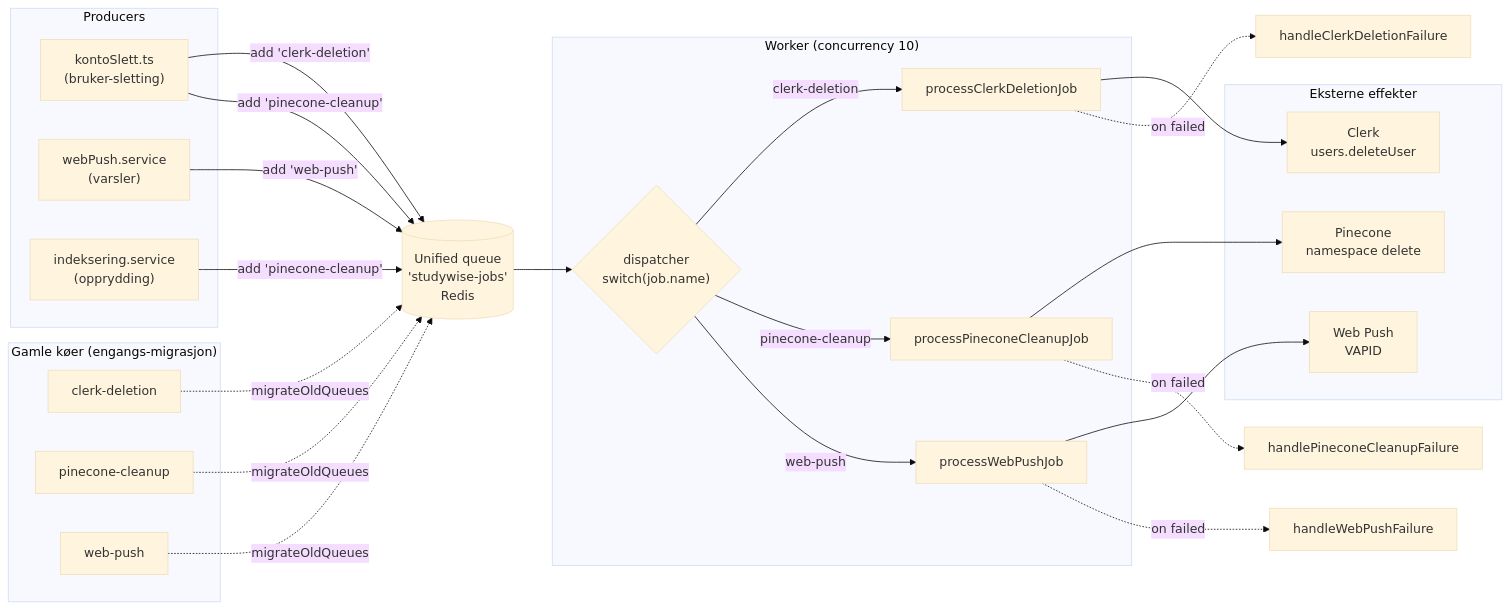
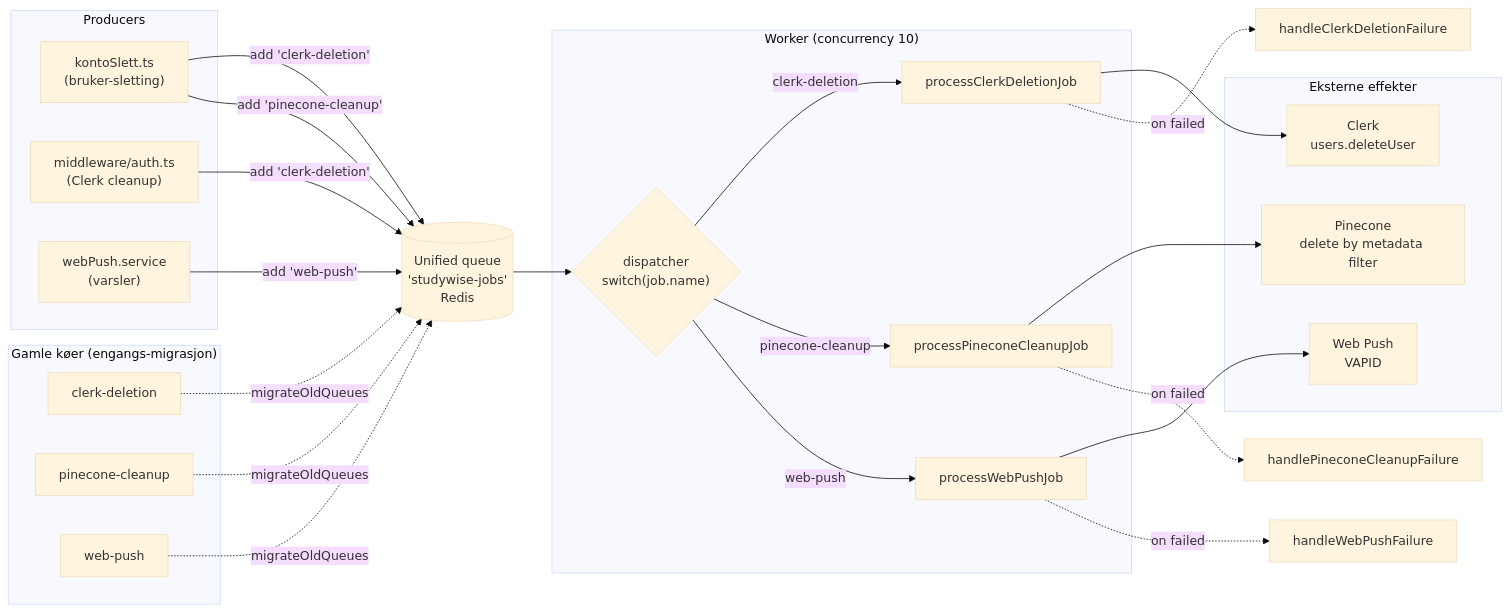
One commit to 26zl/StudyWise changed the diagram in filer_prosjekt/diagrammer/12-bullmq-koer.md. Above: the diagram before and after it, drawn with Mermaid (base theme). The commit also changed 67 other files, not shown here.

Commit message:
Mitigert for supply chain attacks og oppdatert diagrammer.

````diff
--- a/filer_prosjekt/diagrammer/12-bullmq-koer.md
+++ b/filer_prosjekt/diagrammer/12-bullmq-koer.md
@@ -5,47 +5,47 @@
 ```mermaid
 flowchart LR
     subgraph Producers["Producers"]
         KS["kontoSlett.ts<br/>(bruker-sletting)"]
+        AUTH["middleware/auth.ts<br/>(Clerk cleanup)"]
         WP["webPush.service<br/>(varsler)"]
-        IDX["indeksering.service<br/>(opprydding)"]
     end
 
     subgraph Old["Gamle køer (engangs-migrasjon)"]
         Q1["clerk-deletion"]
         Q2["pinecone-cleanup"]
         Q3["web-push"]
     end
 
     UQ[("Unified queue<br/>'studywise-jobs'<br/>Redis")]
 
     subgraph Worker["Worker (concurrency 10)"]
         DISP{"dispatcher<br/>switch(job.name)"}
         P1["processClerkDeletionJob"]
         P2["processPineconeCleanupJob"]
         P3["processWebPushJob"]
     end
 
     subgraph External["Eksterne effekter"]
         CLERK["Clerk<br/>users.deleteUser"]
-        PINE["Pinecone<br/>namespace delete"]
+        PINE["Pinecone<br/>delete by metadata filter"]
         PUSH["Web Push<br/>VAPID"]
     end
 
     KS -->|add 'clerk-deletion'| UQ
     KS -->|add 'pinecone-cleanup'| UQ
+    AUTH -->|add 'clerk-deletion'| UQ
     WP -->|add 'web-push'| UQ
-    IDX -->|add 'pinecone-cleanup'| UQ
 
     Q1 -. migrateOldQueues .-> UQ
     Q2 -. migrateOldQueues .-> UQ
     Q3 -. migrateOldQueues .-> UQ
 
     UQ --> DISP
     DISP -->|clerk-deletion| P1 --> CLERK
     DISP -->|pinecone-cleanup| P2 --> PINE
     DISP -->|web-push| P3 --> PUSH
 
     P1 -. on failed .-> HF1["handleClerkDeletionFailure"]
     P2 -. on failed .-> HF2["handlePineconeCleanupFailure"]
     P3 -. on failed .-> HF3["handleWebPushFailure"]
 ```
````
